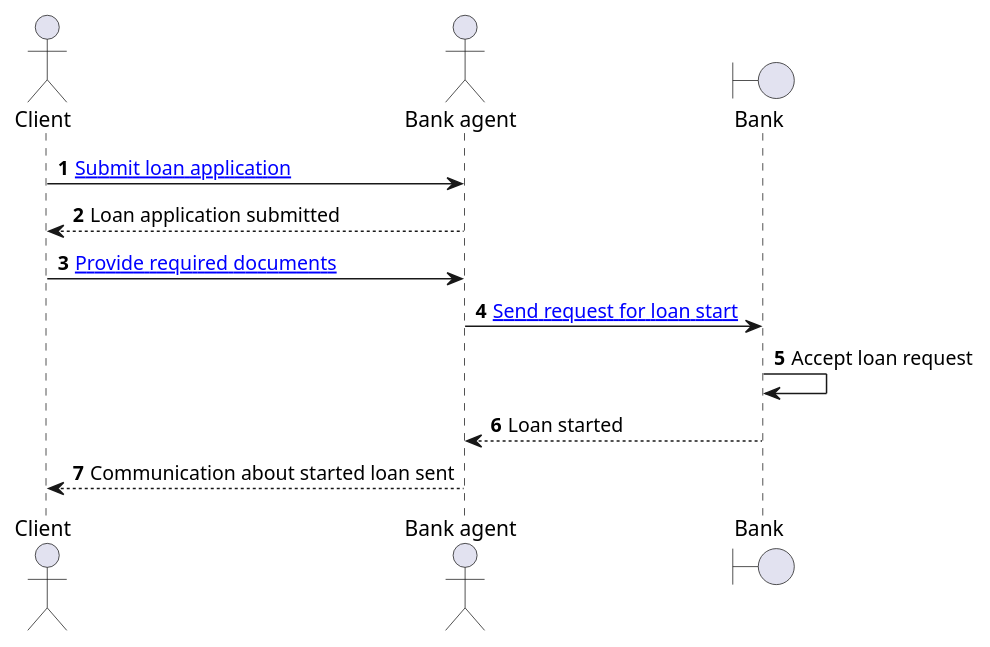
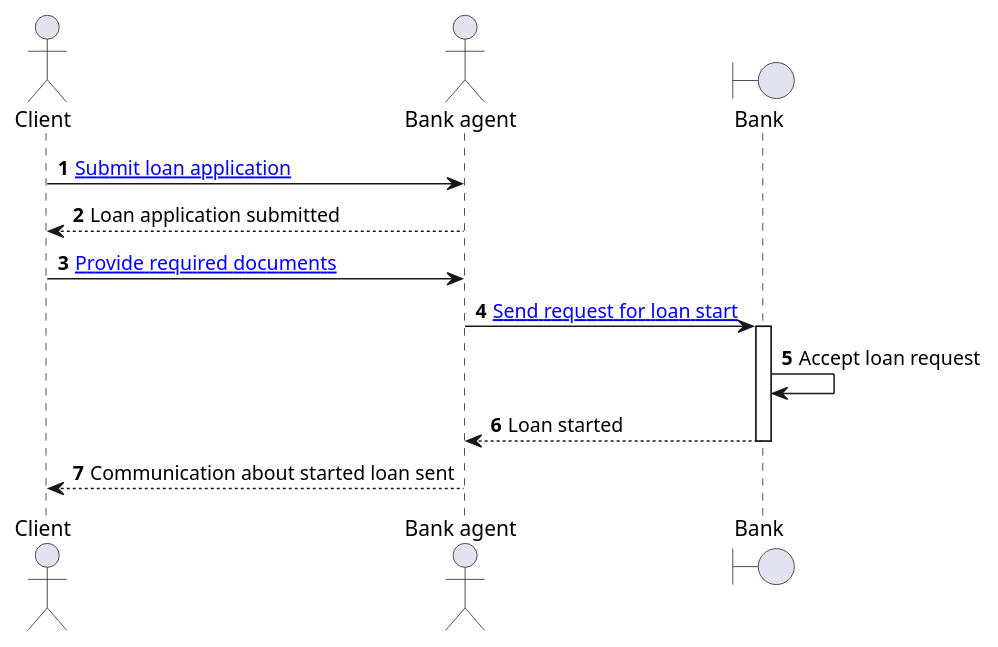
Before and after one commit to PawelJaworski/ddd-loan-application: the diagram in model/sequence_diagram.puml, drawn with PlantUML. The commit also changed 1 other file, not shown here.

Commit message:
sequence diagram

```diff
--- a/model/sequence_diagram.puml
+++ b/model/sequence_diagram.puml
@@ -1,13 +1,16 @@
 @startuml
 autonumber
 actor Client as client
 actor       "Bank agent" as bankAgent
 boundary    "Bank" as bank
 client -> bankAgent : [[https://github.com/PawelJaworski/ddd-loan-application/blob/main/src/main/java/pl/javorek/ddd/service/applicationforloan/application/command/ApplicationForALoanCmdFacade.java Submit loan application]]
 bankAgent --> client : Loan application submitted
 client -> bankAgent : [[https://github.com/PawelJaworski/ddd-loan-application/blob/main/src/main/java/pl/javorek/ddd/service/applicationforloan/application/command/ApplicationForALoanCmdFacade.java Provide required documents]]
 bankAgent -> bank : [[https://github.com/PawelJaworski/ddd-loan-application/blob/main/src/main/java/pl/javorek/ddd/service/applicationforloan/application/command/ApplicationForALoanCmdFacade.java Send request for loan start]]
+activate bank
 bank -> bank : Accept loan request
 bank --> bankAgent : Loan started
+deactivate bank
+
 bankAgent --> client : Communication about started loan sent
 @enduml
```
